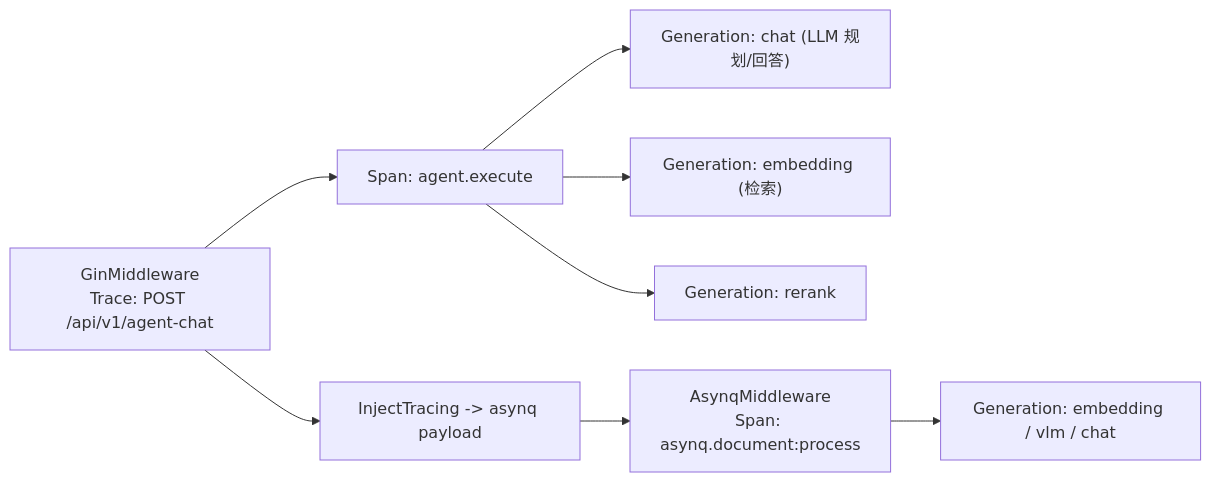
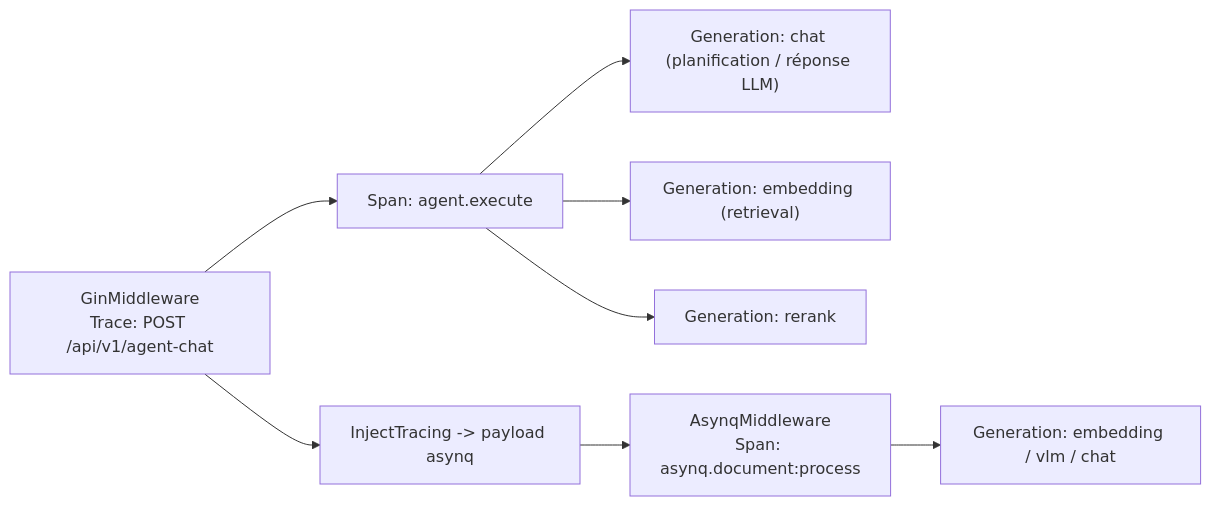
The first of 2 diagrams in website-docs/03-features/16-observability.md (samiriggui-code/gsms-template), drawn with Mermaid before and after one commit. The commit also changed other lines of this file and 301 other files, not shown here.

````diff
--- a/website-docs/03-features/16-observability.md
+++ b/website-docs/03-features/16-observability.md
@@ -128,10 +128,10 @@
 ```mermaid
 flowchart LR
     A["GinMiddleware<br/>Trace: POST /api/v1/agent-chat"] --> B["Span: agent.execute"]
-    B --> C["Generation: chat (LLM 规划/回答)"]
-    B --> D["Generation: embedding (检索)"]
+    B --> C["Generation: chat (planification / réponse LLM)"]
+    B --> D["Generation: embedding (retrieval)"]
     B --> E["Generation: rerank"]
-    A --> F["InjectTracing -> asynq payload"]
+    A --> F["InjectTracing -> payload asynq"]
     F --> G["AsynqMiddleware<br/>Span: asynq.document:process"]
     G --> H["Generation: embedding / vlm / chat"]
 ```
````
